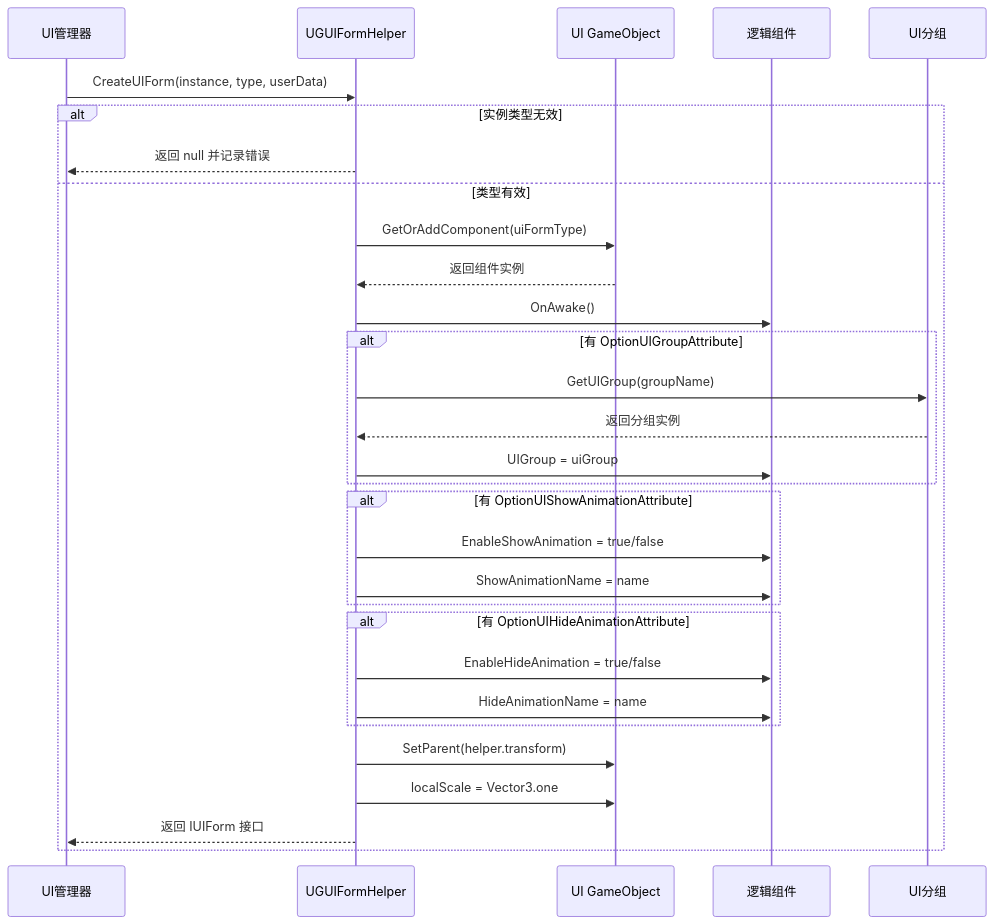
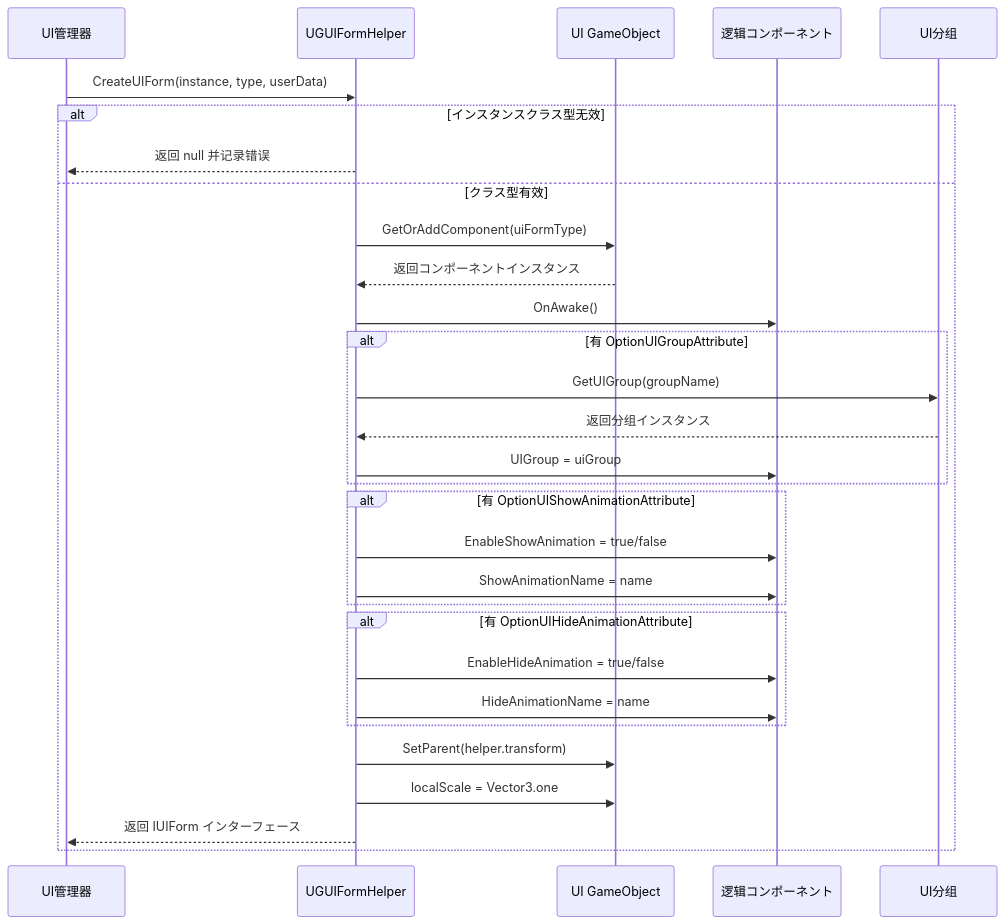
Before and after one commit to AlianBlank/GameFrameX.Docs: the second of 2 diagrams in docs/ja/client/unity/component/ui-ugui/08.form-helper.md, drawn with Mermaid. The commit also changed other lines of this file and 603 other files, not shown here.

````diff
--- a/docs/ja/client/unity/component/ui-ugui/08.form-helper.md
+++ b/docs/ja/client/unity/component/ui-ugui/08.form-helper.md
@@ -144,39 +144,39 @@
 ```mermaid
 sequenceDiagram
     participant UIMgr as UI管理器
     participant Helper as UGUIFormHelper
     participant GameObject as UI GameObject
-    participant Component as 逻辑组件
+    participant Component as 逻辑コンポーネント
     participant UIGroup as UI分组
 
     UIMgr->>Helper: CreateUIForm(instance, type, userData)
     
-    alt 实例类型无效
+    alt インスタンスクラス型无效
         Helper-->>UIMgr: 返回 null 并记录错误
-    else 类型有效
+    else クラス型有效
         Helper->>GameObject: GetOrAddComponent(uiFormType)
-        GameObject-->>Helper: 返回组件实例
+        GameObject-->>Helper: 返回コンポーネントインスタンス
         
         Helper->>Component: OnAwake()
         
         alt 有 OptionUIGroupAttribute
             Helper->>UIGroup: GetUIGroup(groupName)
-            UIGroup-->>Helper: 返回分组实例
+            UIGroup-->>Helper: 返回分组インスタンス
             Helper->>Component: UIGroup = uiGroup
         end
         
         alt 有 OptionUIShowAnimationAttribute
             Helper->>Component: EnableShowAnimation = true/false
             Helper->>Component: ShowAnimationName = name
         end
         
         alt 有 OptionUIHideAnimationAttribute
             Helper->>Component: EnableHideAnimation = true/false
             Helper->>Component: HideAnimationName = name
         end
         
         Helper->>GameObject: SetParent(helper.transform)
         Helper->>GameObject: localScale = Vector3.one
-        Helper-->>UIMgr: 返回 IUIForm 接口
+        Helper-->>UIMgr: 返回 IUIForm インターフェース
     end
 ```
````
